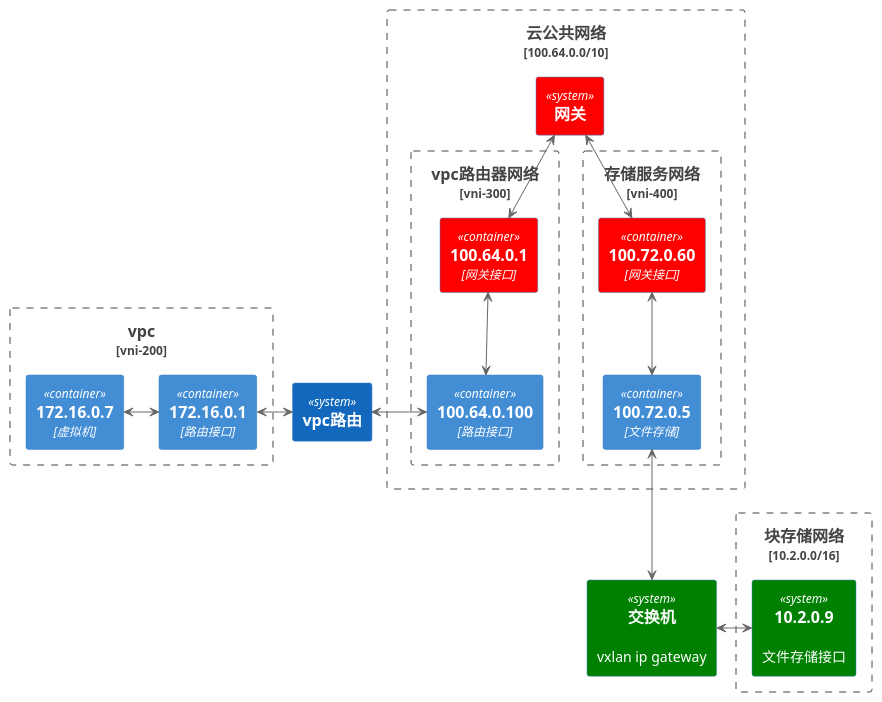
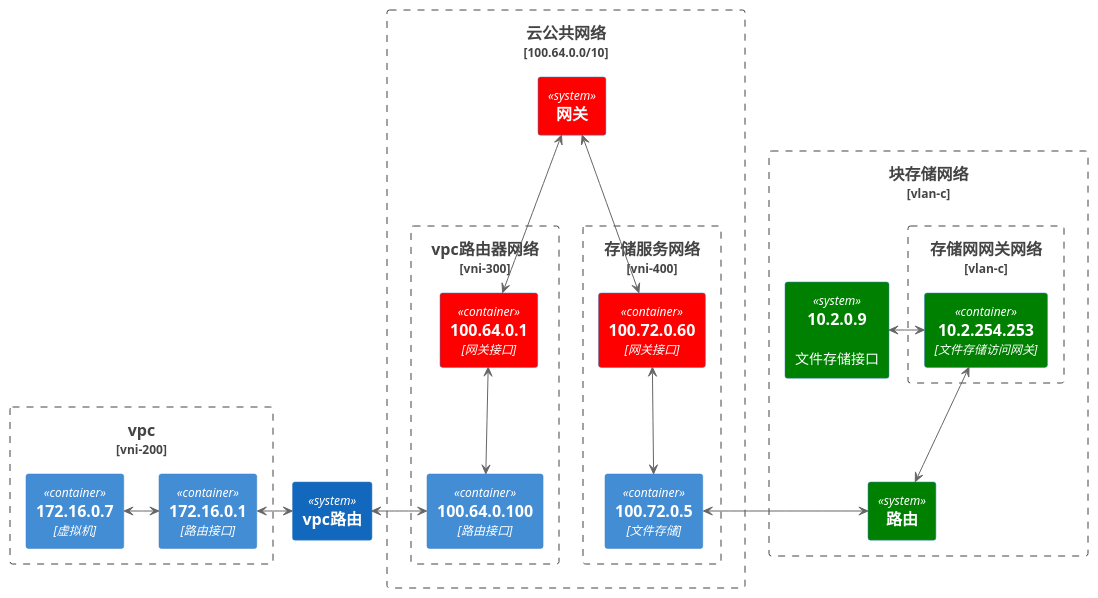
One commit to gardenerframework/impatiens changed the fourth of 4 diagrams in 云与虚拟化/实践/底层组网/readme.md. Above: the diagram before and after it, drawn with PlantUML. The commit also changed other lines of this file, not shown here.

Commit message:
chore(云与虚拟化): 完善网络规划文档

````diff
--- a/云与虚拟化/实践/底层组网/readme.md
+++ b/云与虚拟化/实践/底层组网/readme.md
@@ -178,35 +178,39 @@
 ```plantuml
 @startuml
 !include  https://plantuml.s3.cn-north-1.jdcloud-oss.com/C4_Container.puml
 System(vpc路由, vpc路由)
 Boundary(vpc, vpc, vni-200) {
     Container(vmport, 172.16.0.7, 虚拟机)
     Container(router_p, 172.16.0.1, 路由接口)
     vmport <-r-> router_p
 }
 Boundary(云公共网络, 云公共网络, 100.64.0.0/10) {
     Boundary(vpc_r, vpc路由器网络, vni-300) {
         Container(router_p_p, 100.64.0.100, 路由接口)
         Container(router_p_r, 100.64.0.1, 网关接口) #red
         router_p <-r-> vpc路由
         vpc路由 <-r-> router_p_p
         router_p_p <-u-> router_p_r
     }
     System(vpc路由网关, 网关) #red
     router_p_r<-u->vpc路由网关
     Boundary(vpc_f, 存储服务网络, vni-400) {
         Container(router_p_r_2, 100.72.0.60, 网关接口) #red
         Container(100.72.0.5, 100.72.0.5, 文件存储)
         vpc路由网关 <-d-> router_p_r_2
         router_p_r_2 <--> 100.72.0.5
     }
 }
-Boundary(块存储网络, 块存储网络, 10.2.0.0/16) {
+Boundary(块存储网络, 块存储网络, vlan-c) {
+    Boundary(存储网网关, 存储网网关网络, vlan-c) {
+        Container(10.2.254.253, 10.2.254.253, 文件存储访问网关) #green
+    }
+    System(交换机, 路由) #green
     System(10.2.0.9, 10.2.0.9, 文件存储接口) #green
 }
-System(交换机, 交换机, vxlan ip gateway) #green
-100.72.0.5 <-d-> 交换机
-交换机 <-r-> 10.2.0.9
+100.72.0.5  <-r-> 交换机
+10.2.254.253 <-d-> 交换机
+10.2.254.253 <-r-> 10.2.0.9
 
 @enduml
 ```
````
